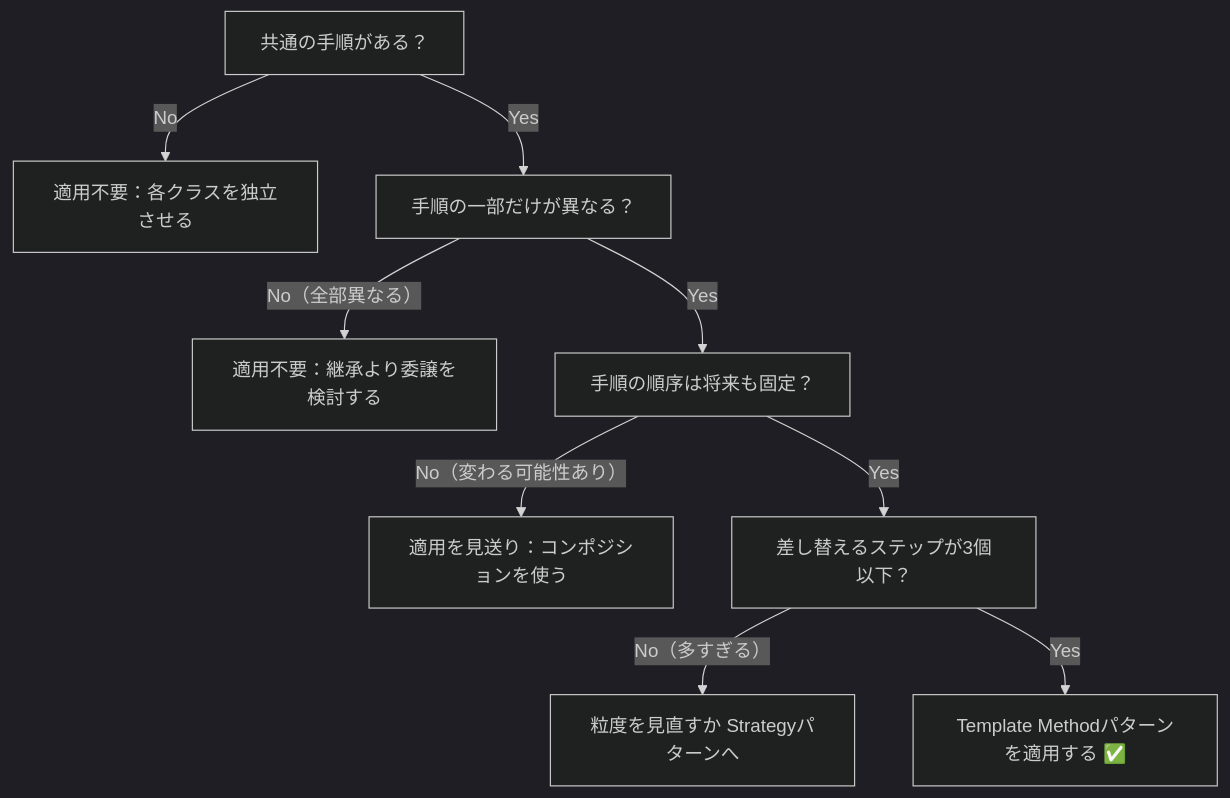
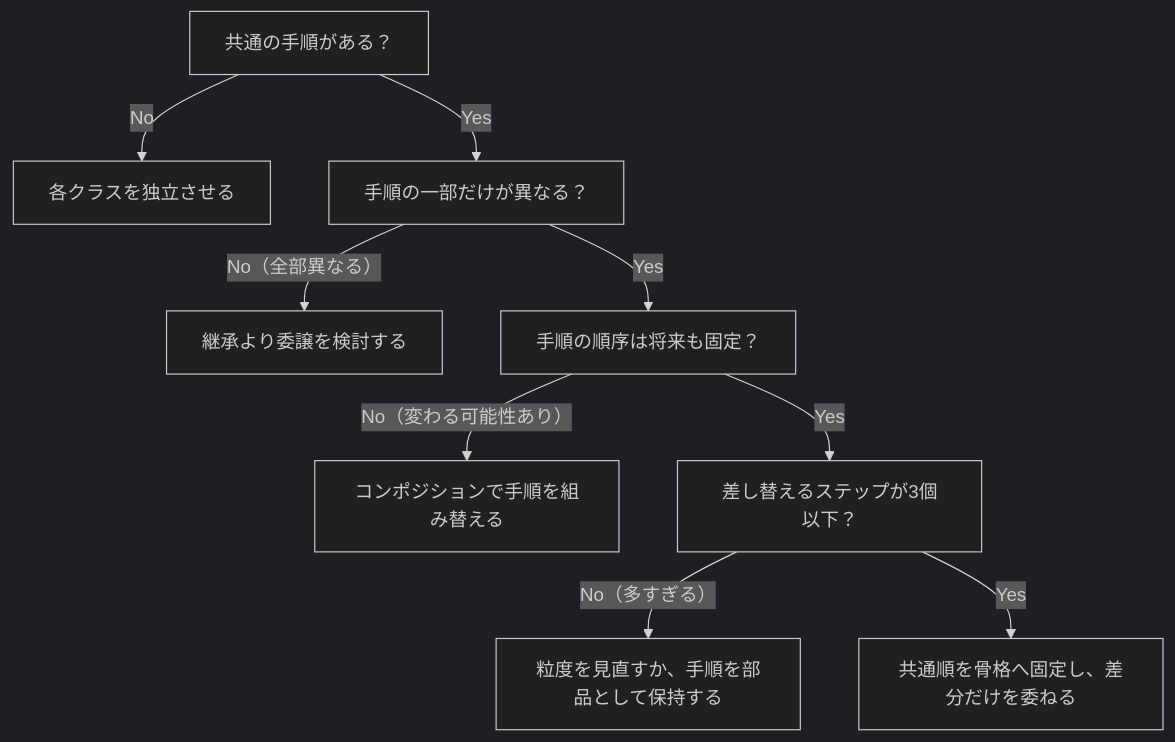
Diagram 19 of 19 in kindle/design-patterns/output/chapter04.md (kumachan1101-pixel/DesignPattern), drawn with Mermaid (dark theme) before and after one commit. The commit also changed other lines of this file and 24 other files, not shown here.

Commit message:
docs: 問題から導く構成とクラス図説明を整合

````diff
--- a/kindle/design-patterns/output/chapter04.md
+++ b/kindle/design-patterns/output/chapter04.md
@@ -3179,11 +3189,11 @@
 ```mermaid
 flowchart TD
-    A["共通の手順がある？"] -->|No| B["適用不要：各クラスを独立させる"]
+    A["共通の手順がある？"] -->|No| B["各クラスを独立させる"]
     A -->|Yes| C["手順の一部だけが異なる？"]
-    C -->|No（全部異なる）| D["適用不要：継承より委譲を検討する"]
+    C -->|No（全部異なる）| D["継承より委譲を検討する"]
     C -->|Yes| E["手順の順序は将来も固定？"]
-    E -->|No（変わる可能性あり）| F["適用を見送り：コンポジションを使う"]
+    E -->|No（変わる可能性あり）| F["コンポジションで手順を組み替える"]
     E -->|Yes| G["差し替えるステップが3個以下？"]
-    G -->|No（多すぎる）| H["粒度を見直すか Strategyパターンへ"]
-    G -->|Yes| I["Template Methodパターンを適用する ✅"]
+    G -->|No（多すぎる）| H["粒度を見直すか、手順を部品として保持する"]
+    G -->|Yes| I["共通順を骨格へ固定し、差分だけを委ねる"]
 ```
````
